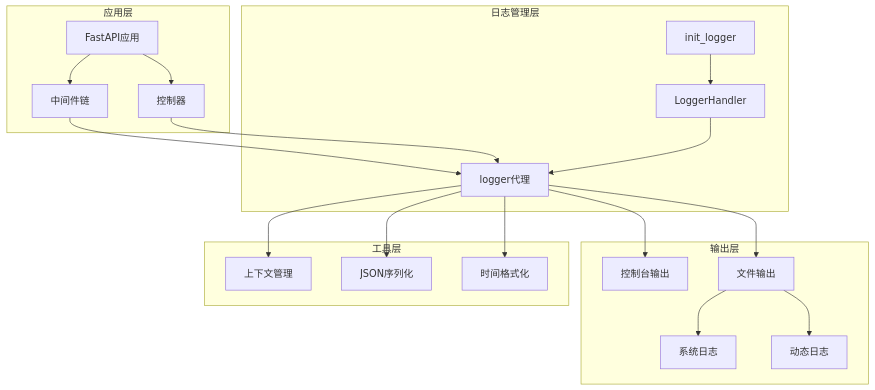
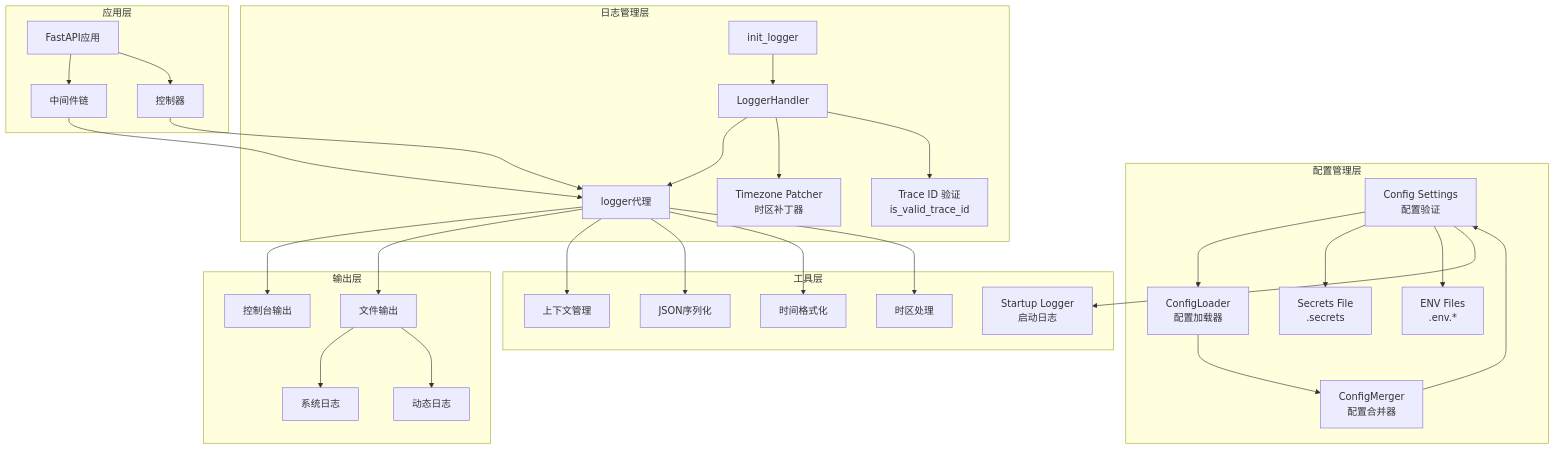
Before and after one commit to lilinzezzzzzz/fastapi-backend: the fourth of 12 diagrams in .qoder/repowiki/zh/content/部署运维/监控与日志管理/日志处理器.md, drawn with Mermaid. The commit also changed other lines of this file and 42 other files, not shown here.

````diff
--- a/.qoder/repowiki/zh/content/部署运维/监控与日志管理/日志处理器.md
+++ b/.qoder/repowiki/zh/content/部署运维/监控与日志管理/日志处理器.md
@@ -161,37 +312,57 @@
 ```mermaid
 graph TB
 subgraph "应用层"
 FA[FastAPI应用]
 MW[中间件链]
 CTRL[控制器]
 end
+subgraph "配置管理层"
+CS[Config Settings<br/>配置验证]
+CL[ConfigLoader<br/>配置加载器]
+CM[ConfigMerger<br/>配置合并器]
+SE[Secrets File<br/>.secrets]
+ENV[ENV Files<br/>.env.*]
+end
 subgraph "日志管理层"
 IL[init_logger]
 LH[LoggerHandler]
 LP[logger代理]
+TZP[Timezone Patcher<br/>时区补丁器]
+TV[Trace ID 验证<br/>is_valid_trace_id]
 end
 subgraph "输出层"
 CON[控制台输出]
 FILE[文件输出]
 SYS[系统日志]
 DYN[动态日志]
 end
 subgraph "工具层"
 CTX[上下文管理]
 JSON[JSON序列化]
 TIME[时间格式化]
+TZ[时区处理]
+START[Startup Logger<br/>启动日志]
 end
 FA --> MW
 FA --> CTRL
 MW --> LP
 CTRL --> LP
+CS --> CL
+CL --> CM
+CM --> CS
+CS --> SE
+CS --> ENV
 IL --> LH
 LH --> LP
 LP --> CON
 LP --> FILE
 FILE --> SYS
 FILE --> DYN
 LP --> CTX
 LP --> JSON
 LP --> TIME
+LP --> TZ
+LH --> TZP
+LH --> TV
+CS --> START
 ```
````
